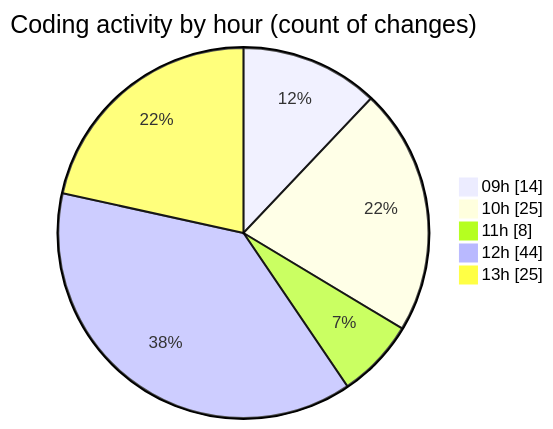
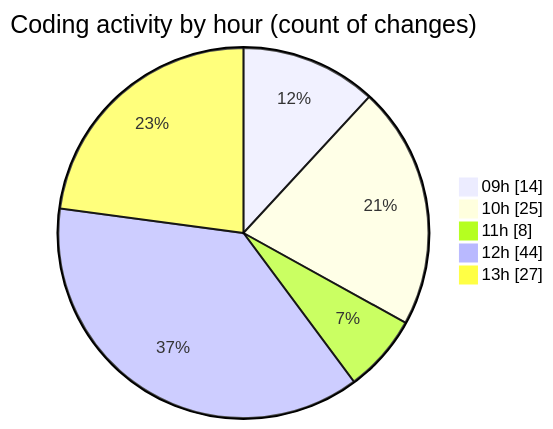
One commit to momahboobian/code-tracking changed the second of 2 diagrams in 2025-06-03/cda/README.md. Above: the diagram before and after it, drawn with Mermaid. The commit also changed other lines of this file and 1 other file, not shown here.

````diff
--- a/2025-06-03/cda/README.md
+++ b/2025-06-03/cda/README.md
@@ -34,9 +34,9 @@
 ```mermaid
 pie showData
 title Coding activity by hour (count of changes)
 "09h" : 14
 "10h" : 25
 "11h" : 8
 "12h" : 44
-"13h" : 25
+"13h" : 27
 ```
````
